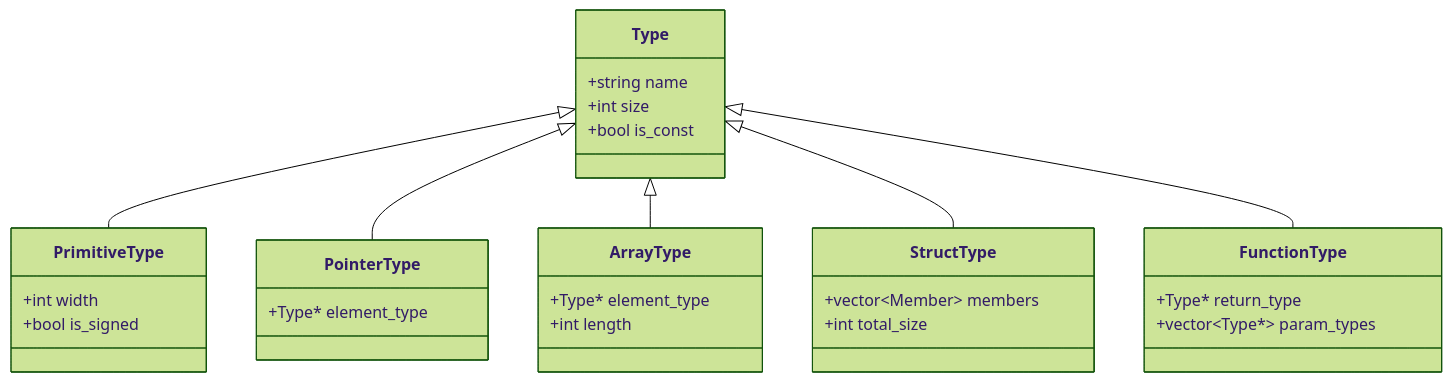
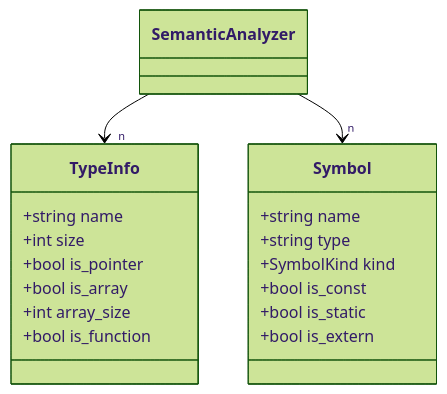
One commit to juno-yu/simple-howto-c-compiler-ximplec changed the diagram in 0013-type-system/README.md. Above: the diagram before and after it, drawn with Mermaid (forest theme). The commit also changed other lines of this file and 131 other files, not shown here.

````diff
--- a/0013-type-system/README.md
+++ b/0013-type-system/README.md
@@ -19,32 +28,21 @@
 ```mermaid
 classDiagram
-    class Type {
+    class TypeInfo {
         +string name
         +int size
+        +bool is_pointer
+        +bool is_array
+        +int array_size
+        +bool is_function
+    }
+    class Symbol {
+        +string name
+        +string type
+        +SymbolKind kind
         +bool is_const
+        +bool is_static
+        +bool is_extern
     }
-    class PrimitiveType {
-        +int width
-        +bool is_signed
-    }
-    class PointerType {
-        +Type* element_type
-    }
-    class ArrayType {
-        +Type* element_type
-        +int length
-    }
-    class StructType {
-        +vector~Member~ members
-        +int total_size
-    }
-    class FunctionType {
-        +Type* return_type
-        +vector~Type*~ param_types
-    }
-    Type <|-- PrimitiveType
-    Type <|-- PointerType
-    Type <|-- ArrayType
-    Type <|-- StructType
-    Type <|-- FunctionType
+    SemanticAnalyzer --> "n" TypeInfo
+    SemanticAnalyzer --> "n" Symbol
 ```
````
